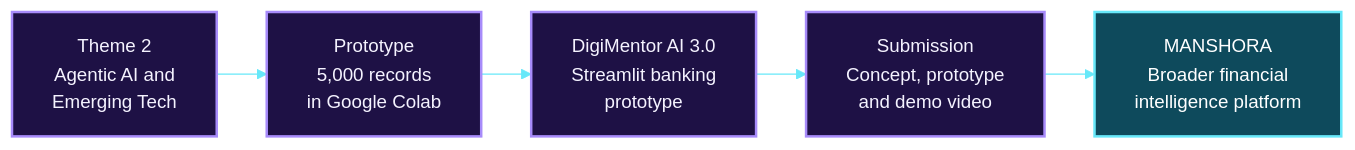
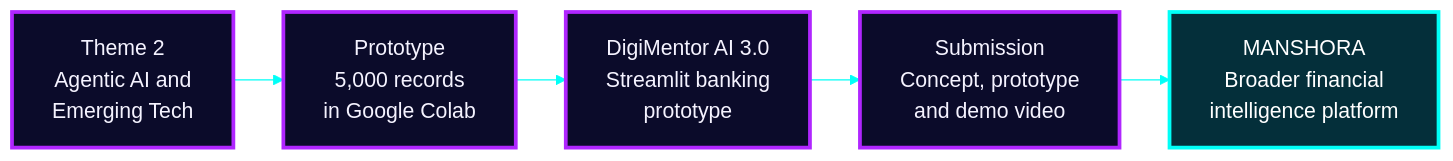
The second of 17 diagrams in README.md (Mansi232323/MANSHORA), drawn with Mermaid before and after one commit. The commit also changed other lines of this file, not shown here.

````diff
--- a/README.md
+++ b/README.md
@@ -120,12 +133,12 @@
 ```mermaid
-%%{init: {'theme':'base','themeVariables':{'fontSize':'15px','fontFamily':'Arial, Helvetica, sans-serif','primaryColor':'#1e1145','primaryTextColor':'#f5f3ff','primaryBorderColor':'#a78bfa','lineColor':'#67e8f9','textColor':'#f5f3ff','edgeLabelBackground':'#1e1145'},'flowchart':{'htmlLabels':true,'nodeSpacing':35,'rankSpacing':40,'padding':16,'curve':'linear'}}}%%
+%%{init: {'theme':'base','themeVariables':{'fontSize':'17px','fontFamily':'Arial, Helvetica, sans-serif','primaryColor':'#0b0b2a','primaryTextColor':'#f5f3ff','primaryBorderColor':'#b026ff','lineColor':'#00fff7','textColor':'#f5f3ff','edgeLabelBackground':'#0b0b2a'},'flowchart':{'htmlLabels':true,'nodeSpacing':35,'rankSpacing':40,'padding':16,'curve':'linear'}}}%%
 flowchart LR
     h1["Theme 2<br/>Agentic AI and<br/>Emerging Tech"] --> h2["Prototype<br/>5,000 records<br/>in Google Colab"]
     h2 --> h3["DigiMentor AI 3.0<br/>Streamlit banking<br/>prototype"]
     h3 --> h4["Submission<br/>Concept, prototype<br/>and demo video"]
     h4 --> b1["MANSHORA<br/>Broader financial<br/>intelligence platform"]
-    classDef hack fill:#1e1145,stroke:#a78bfa,stroke-width:2px,color:#f5f3ff
-    classDef now fill:#0e4a5c,stroke:#67e8f9,stroke-width:2px,color:#ffffff
+    classDef hack fill:#0b0b2a,stroke:#b026ff,stroke-width:3px,color:#f5f3ff
+    classDef now fill:#042f3a,stroke:#00fff7,stroke-width:3px,color:#ffffff
     class h1,h2,h3,h4 hack
     class b1 now
 ```
````
